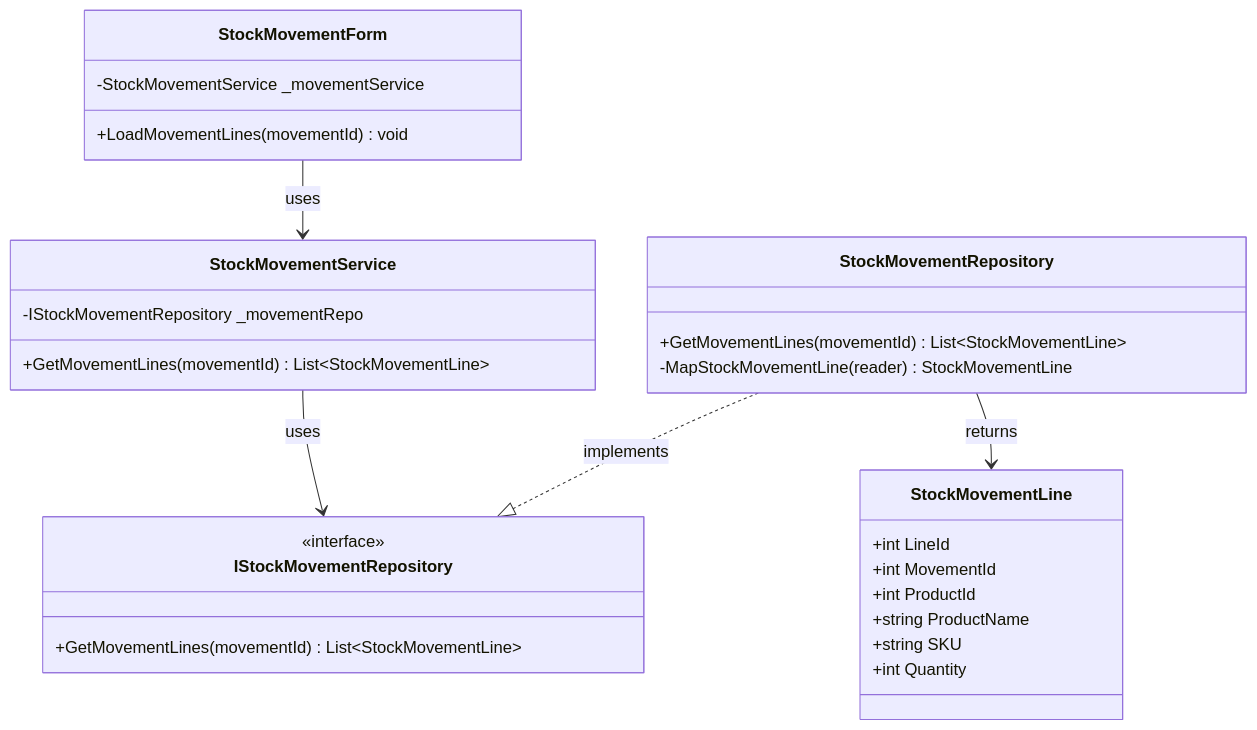
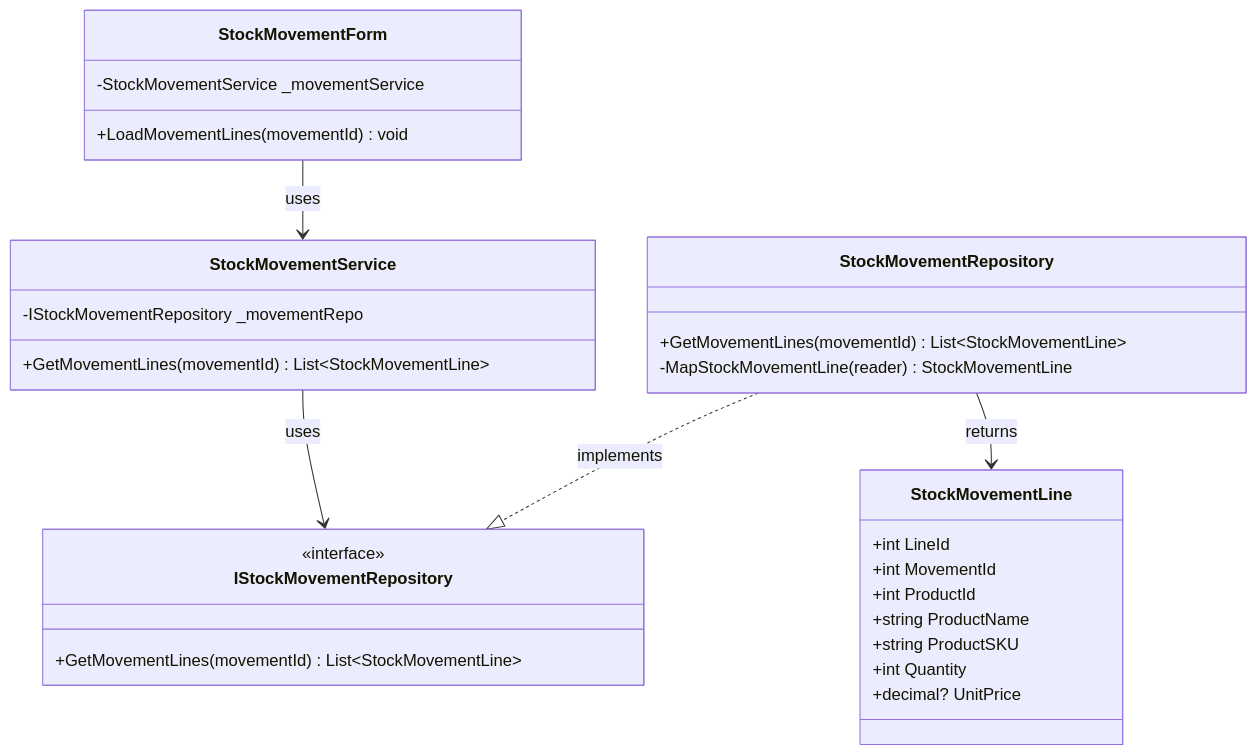
One commit to nahuk86/tp_diploma_nk_2026 changed the fourth of 8 diagrams in Documentation/UML_Diagrams/07_Stock_Movement_Process_Class_Diagram.md. Above: the diagram before and after it, drawn with Mermaid. The commit also changed other lines of this file and 6 other files, not shown here.

Commit message:
Update UML diagrams 01-07 to reflect actual implementation

````diff
--- a/Documentation/UML_Diagrams/07_Stock_Movement_Process_Class_Diagram.md
+++ b/Documentation/UML_Diagrams/07_Stock_Movement_Process_Class_Diagram.md
@@ -184,36 +203,37 @@
 ```mermaid
 classDiagram
     class StockMovementForm {
         -StockMovementService _movementService
         +LoadMovementLines(movementId) void
     }
 
     class StockMovementService {
         -IStockMovementRepository _movementRepo
         +GetMovementLines(movementId) List~StockMovementLine~
     }
 
     class IStockMovementRepository {
         <<interface>>
         +GetMovementLines(movementId) List~StockMovementLine~
     }
 
     class StockMovementRepository {
         +GetMovementLines(movementId) List~StockMovementLine~
         -MapStockMovementLine(reader) StockMovementLine
     }
 
     class StockMovementLine {
         +int LineId
         +int MovementId
         +int ProductId
         +string ProductName
-        +string SKU
+        +string ProductSKU
         +int Quantity
+        +decimal? UnitPrice
     }
 
     StockMovementForm --> StockMovementService : uses
     StockMovementService --> IStockMovementRepository : uses
     StockMovementRepository ..|> IStockMovementRepository : implements
     StockMovementRepository --> StockMovementLine : returns
 ```
````
